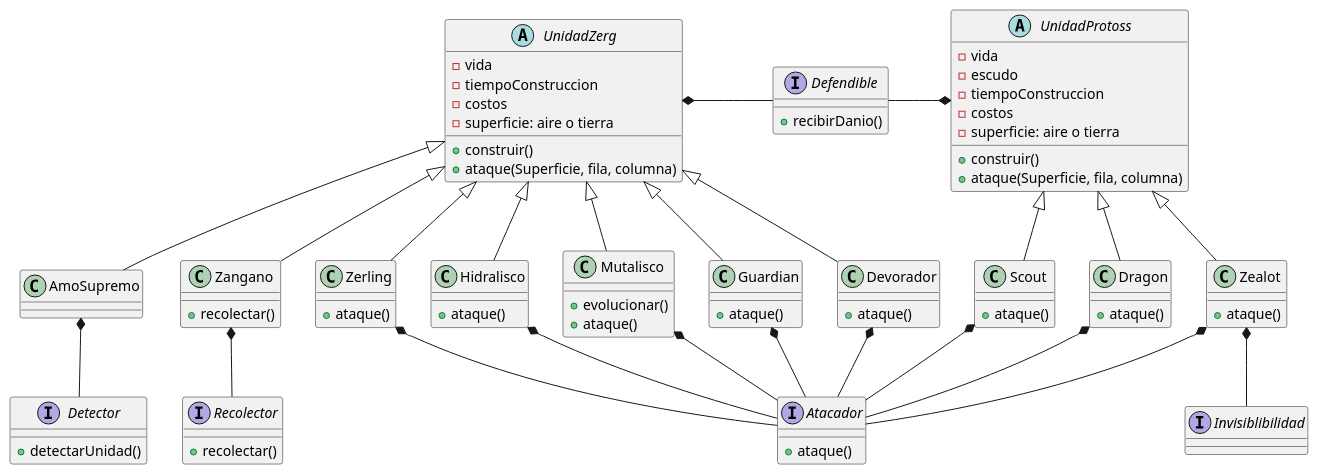
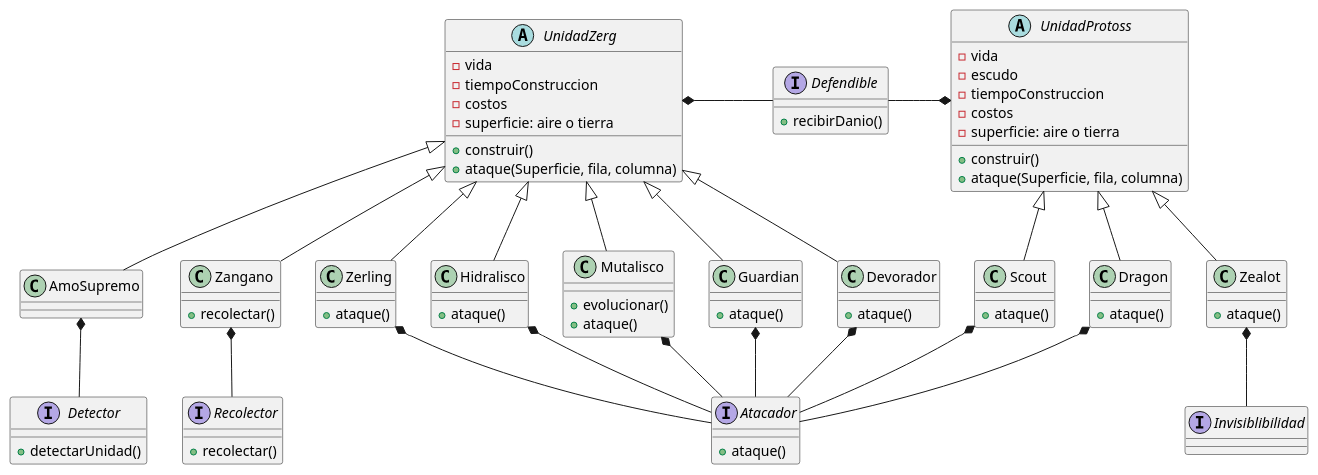
Before and after one commit to GiaWong/Algo3_TP2_2C2022: the diagram in diagrams/classes/Modelo3/03ModeloVersion3-Unidades.puml, drawn with PlantUML.

Commit message:
Actualizacion del modelo de Unidades.

```diff
--- a/diagrams/classes/Modelo3/03ModeloVersion3-Unidades.puml
+++ b/diagrams/classes/Modelo3/03ModeloVersion3-Unidades.puml
@@ -1,120 +1,120 @@
 @startuml
 
 
 abstract class UnidadProtoss {
     - vida
     - escudo
     - tiempoConstruccion
     - costos
     - superficie: aire o tierra
     + construir()
     + ataque(Superficie, fila, columna)
 }
 
 class Zealot {
     +ataque()
 }
 
 class Dragon {
     +ataque()
 }
 
 class Scout {
    +ataque()
 
 }
 
 
 
 abstract class UnidadZerg {
     - vida
     - tiempoConstruccion
     - costos
     - superficie: aire o tierra
     + construir()
     + ataque(Superficie, fila, columna)
 }
 
 class AmoSupremo {
 
 }
 
 class Zangano {
     + recolectar()
 }
 
 class Zerling {
     + ataque()
 }
 
 class Hidralisco {
 
     +ataque()
 }
 
 class Mutalisco {
     +evolucionar()
     +ataque()
 }
 
 class Guardian {
     +ataque()
 }
 
 class Devorador {
     +ataque()
 }
 
 interface Atacador {
     +ataque()
 }
 
 interface Defendible {
     +recibirDanio()
 }
 
 interface Invisiblibilidad {
 }
 
 interface Detector {
     +detectarUnidad()
 }
 
 interface Recolector {
     +recolectar()
 }
 
 UnidadZerg <|-- Zangano
 UnidadZerg <|-- AmoSupremo
 UnidadZerg <|-- Zerling
 UnidadZerg <|-- Hidralisco
 UnidadZerg <|-- Mutalisco
 UnidadZerg <|-- Guardian
 UnidadZerg <|-- Devorador
 
 UnidadProtoss <|-- Zealot
 UnidadProtoss <|-- Dragon
 UnidadProtoss <|-- Scout
 
 AmoSupremo *-- Detector
 
 Zealot *-- Invisiblibilidad
 
 Zerling *-- Atacador
 Hidralisco *-- Atacador
 Mutalisco *-- Atacador
 Guardian *-- Atacador
 Scout *-- Atacador
 Dragon *-- Atacador
 Devorador *-- Atacador
-Zealot *-- Atacador
+
 
 Zangano *-- Recolector
 
 UnidadProtoss *-left- Defendible
 UnidadZerg *- Defendible
 
 
 
 
 @enduml
```
